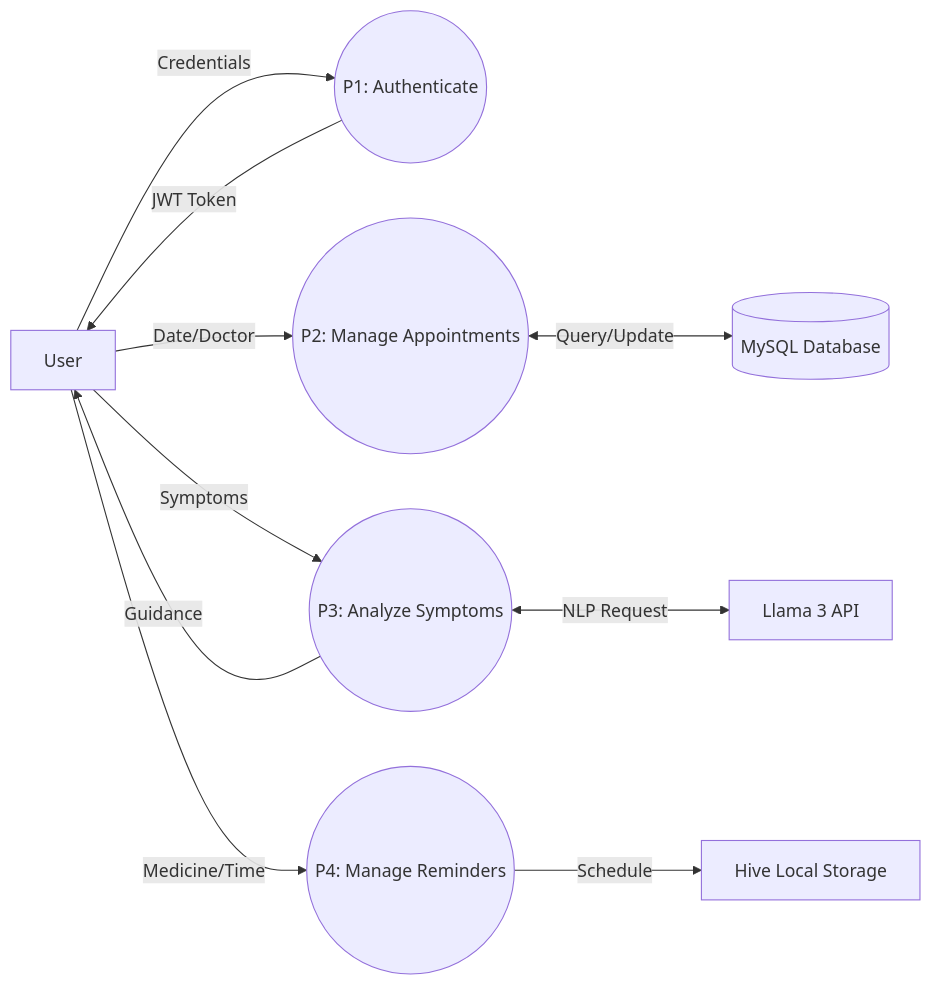
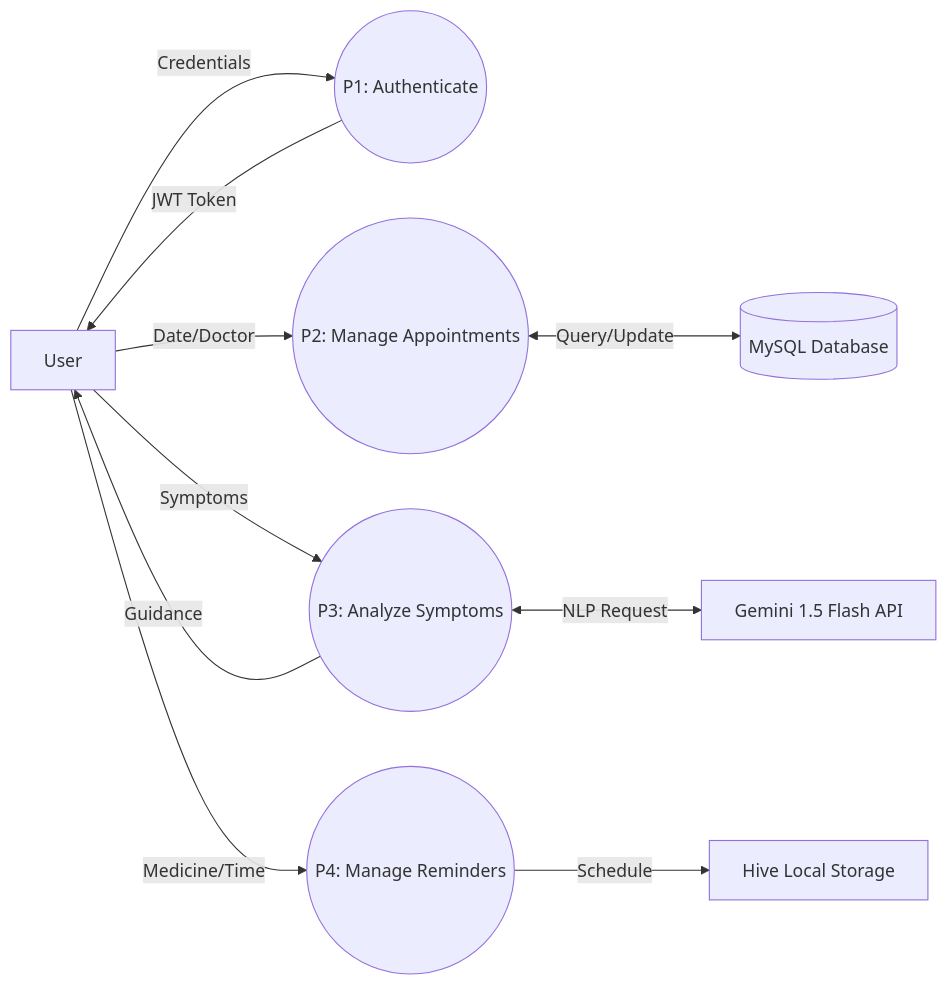
One commit to mediaibuitems-ui/Medi-AI_B_F changed the fifth of 20 diagrams in Medi_AI_Backend_railway/thesis/Medi-AI_Thesis.md. Above: the diagram before and after it, drawn with Mermaid. The commit also changed other lines of this file, not shown here.

Commit message:
fix: replace all GroqCloud/Llama-3 with Google Gemini 1.5 Flash (confirmed active Railway API key); fix SmarterASP -> Railway in tech stack; fix AI route /api/AI/analyze -> /api/analyzer/evaluate throughout thesis

````diff
--- a/Medi_AI_Backend_railway/thesis/Medi-AI_Thesis.md
+++ b/Medi_AI_Backend_railway/thesis/Medi-AI_Thesis.md
@@ -692,26 +690,26 @@
 ```mermaid
 flowchart LR
     User[User]
     
     P1((P1: Authenticate))
     P2((P2: Manage Appointments))
     P3((P3: Analyze Symptoms))
     P4((P4: Manage Reminders))
     
     DB[(MySQL Database)]
-    Llama[Llama 3 API]
+    Gemini[Gemini 1.5 Flash API]
     Local[Hive Local Storage]
     
     User -->|Credentials| P1
     P1 -->|JWT Token| User
     
     User -->|Date/Doctor| P2
     P2 <-->|Query/Update| DB
     
     User -->|Symptoms| P3
-    P3 <-->|NLP Request| Llama
+    P3 <-->|NLP Request| Gemini
     P3 -->|Guidance| User
     
     User -->|Medicine/Time| P4
     P4 -->|Schedule| Local
 ```
````
